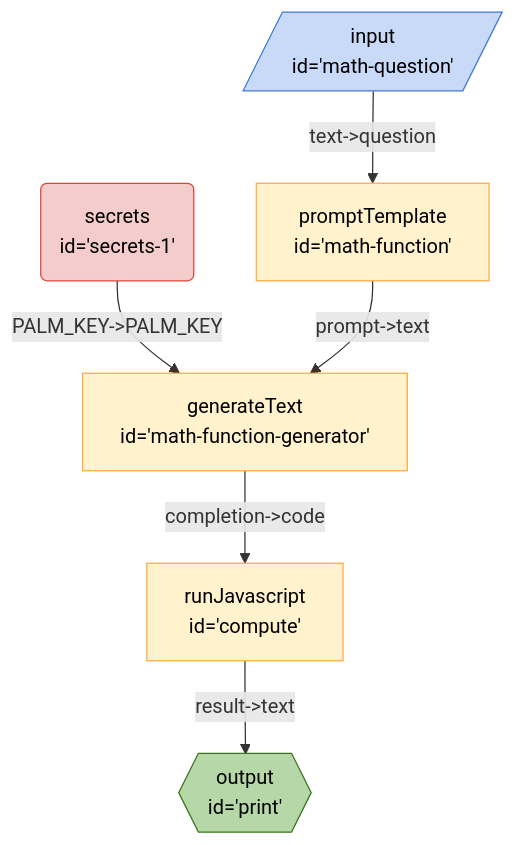
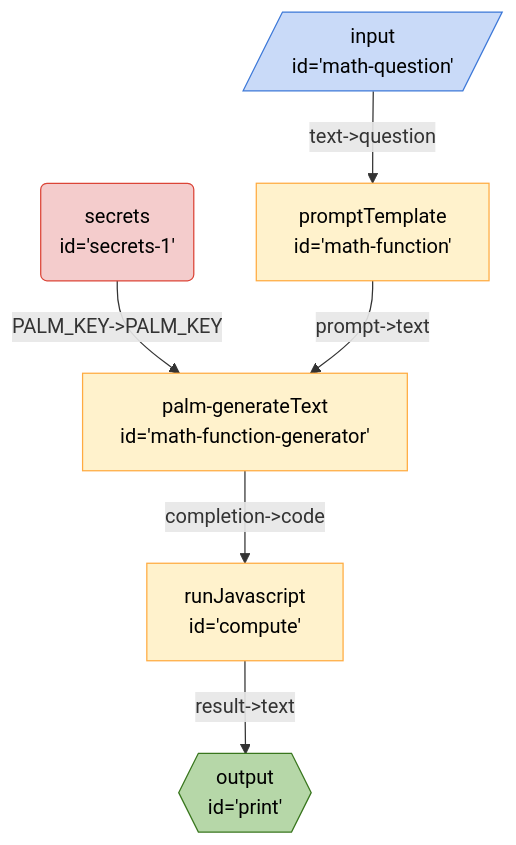
The diagram in seeds/graph-playground/docs/graphs/math.md (breadboard-ai/breadboard), drawn with Mermaid before and after one commit. The commit also changed 55 other files, not shown here.

````diff
--- a/seeds/graph-playground/docs/graphs/math.md
+++ b/seeds/graph-playground/docs/graphs/math.md
@@ -5,17 +5,17 @@
   ```mermaid
   %%{init: 'themeVariables': { 'fontFamily': 'Fira Code, monospace' }}%%
 graph TD;
 compute["runJavascript <br> id='compute'"] -- "result->text" --> print{{"output <br> id='print'"}}:::output
-mathfunctiongenerator["generateText <br> id='math-function-generator'"] -- "completion->code" --> compute["runJavascript <br> id='compute'"]
-secrets1("secrets <br> id='secrets-1'"):::secrets -- "PALM_KEY->PALM_KEY" --> mathfunctiongenerator["generateText <br> id='math-function-generator'"]
-mathfunction["promptTemplate <br> id='math-function'"] -- "prompt->text" --> mathfunctiongenerator["generateText <br> id='math-function-generator'"]
+mathfunctiongenerator["palm-generateText <br> id='math-function-generator'"] -- "completion->code" --> compute["runJavascript <br> id='compute'"]
+secrets1("secrets <br> id='secrets-1'"):::secrets -- "PALM_KEY->PALM_KEY" --> mathfunctiongenerator["palm-generateText <br> id='math-function-generator'"]
+mathfunction["promptTemplate <br> id='math-function'"] -- "prompt->text" --> mathfunctiongenerator["palm-generateText <br> id='math-function-generator'"]
 mathquestion[/"input <br> id='math-question'"/]:::input -- "text->question" --> mathfunction["promptTemplate <br> id='math-function'"]
 classDef default stroke:#ffab40,fill:#fff2ccff,color:#000
 classDef input stroke:#3c78d8,fill:#c9daf8ff,color:#000
 classDef output stroke:#38761d,fill:#b6d7a8ff,color:#000
 classDef passthrough stroke:#a64d79,fill:#ead1dcff,color:#000
 classDef slot stroke:#a64d79,fill:#ead1dcff,color:#000
 classDef config stroke:#a64d79,fill:#ead1dcff,color:#000
 classDef secrets stroke:#db4437,fill:#f4cccc,color:#000
 classDef slotted stroke:#a64d79
   ```
````
